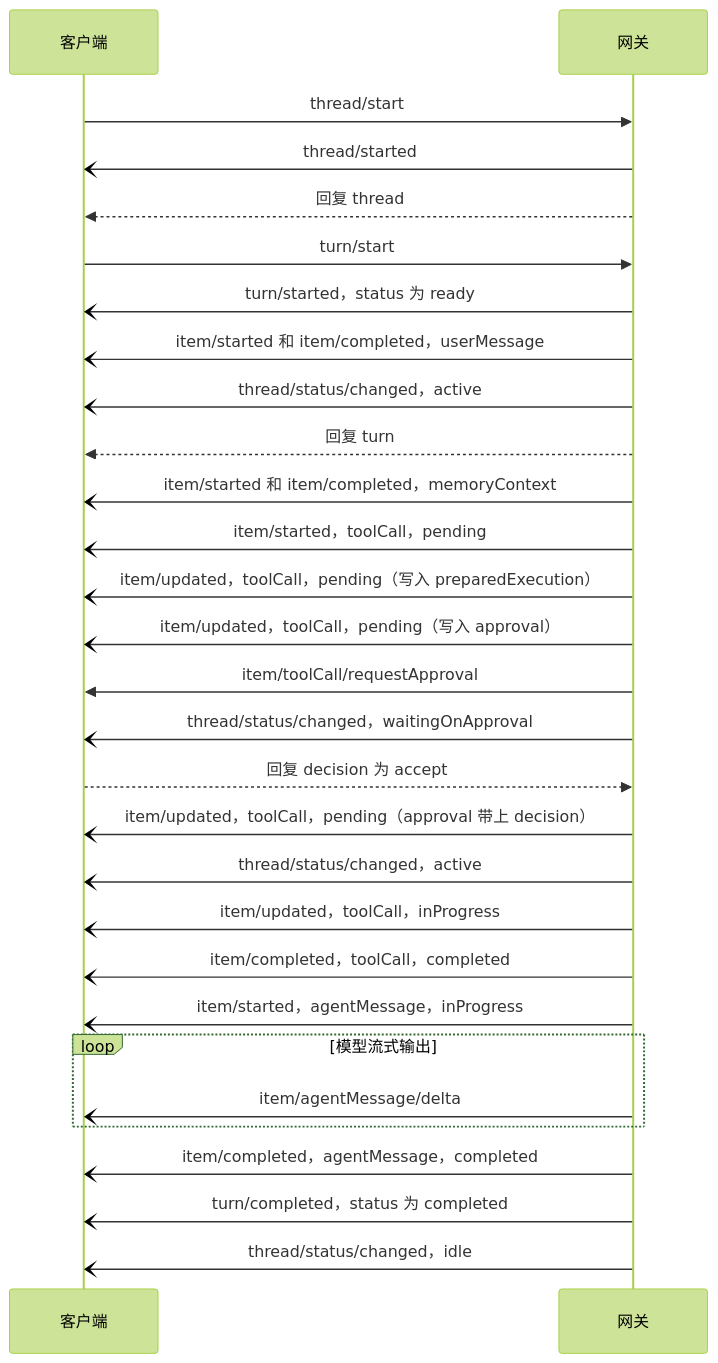
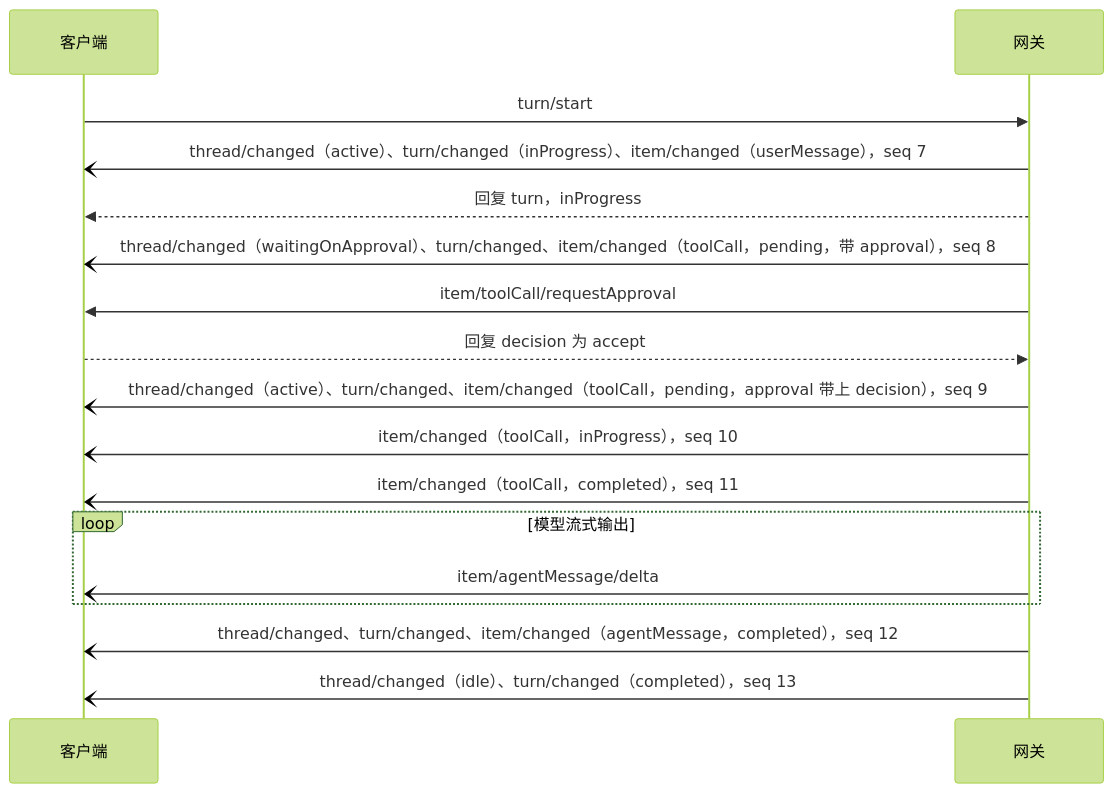
The second of 3 diagrams in docs/zh/integrate/protocol/turns.md (0xfakeSpike/ollupi-docs), drawn with Mermaid (forest theme) before and after one commit. The commit also changed other lines of this file and 86 other files, not shown here.

````diff
--- a/docs/zh/integrate/protocol/turns.md
+++ b/docs/zh/integrate/protocol/turns.md
@@ -73,31 +71,19 @@
 ```mermaid
 sequenceDiagram
     participant C as 客户端
     participant G as 网关
-    C->>G: thread/start
-    G-)C: thread/started
-    G-->>C: 回复 thread
     C->>G: turn/start
-    G-)C: turn/started，status 为 ready
-    G-)C: item/started 和 item/completed，userMessage
-    G-)C: thread/status/changed，active
-    G-->>C: 回复 turn
-    G-)C: item/started 和 item/completed，memoryContext
-    G-)C: item/started，toolCall，pending
-    G-)C: item/updated，toolCall，pending（写入 preparedExecution）
-    G-)C: item/updated，toolCall，pending（写入 approval）
+    G-)C: thread/changed（active）、turn/changed（inProgress）、item/changed（userMessage），seq 7
+    G-->>C: 回复 turn，inProgress
+    G-)C: thread/changed（waitingOnApproval）、turn/changed、item/changed（toolCall，pending，带 approval），seq 8
     G->>C: item/toolCall/requestApproval
-    G-)C: thread/status/changed，waitingOnApproval
     C-->>G: 回复 decision 为 accept
-    G-)C: item/updated，toolCall，pending（approval 带上 decision）
-    G-)C: thread/status/changed，active
-    G-)C: item/updated，toolCall，inProgress
-    G-)C: item/completed，toolCall，completed
-    G-)C: item/started，agentMessage，inProgress
+    G-)C: thread/changed（active）、turn/changed、item/changed（toolCall，pending，approval 带上 decision），seq 9
+    G-)C: item/changed（toolCall，inProgress），seq 10
+    G-)C: item/changed（toolCall，completed），seq 11
     loop 模型流式输出
         G-)C: item/agentMessage/delta
     end
-    G-)C: item/completed，agentMessage，completed
-    G-)C: turn/completed，status 为 completed
-    G-)C: thread/status/changed，idle
+    G-)C: thread/changed、turn/changed、item/changed（agentMessage，completed），seq 12
+    G-)C: thread/changed（idle）、turn/changed（completed），seq 13
 ```
````
